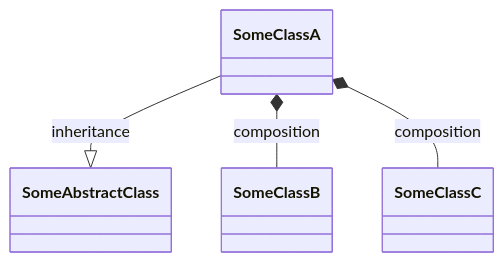
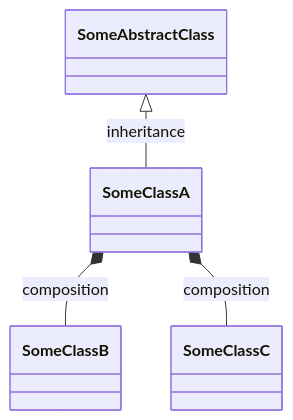
One commit to tasuku43/php-mermaid-class-diagram changed the second of 2 diagrams in README.md. Above: the diagram before and after it, drawn with Mermaid. The commit also changed other lines of this file, not shown here.

First line of the commit message:
update: Correct direction of class diagram relationships arrows

````diff
--- a/README.md
+++ b/README.md
@@ -106,9 +106,9 @@
 ```mermaid
 classDiagram
     class SomeClassA {
     }
 
-    SomeClassA --|> SomeAbstractClass: inheritance
+    SomeAbstractClass <|-- SomeClassA: inheritance
     SomeClassA *-- SomeClassB: composition
     SomeClassA *-- SomeClassC: composition
 ```
````
